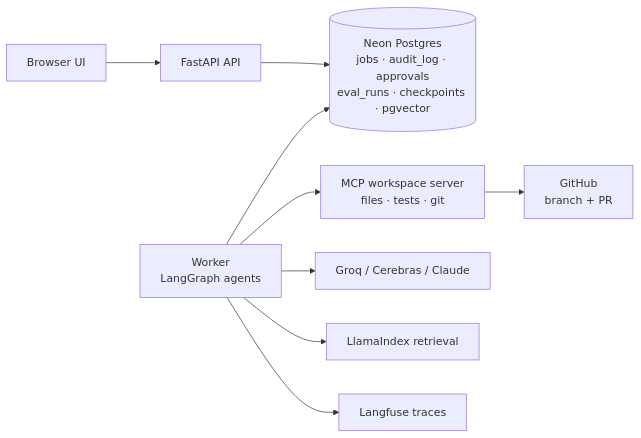
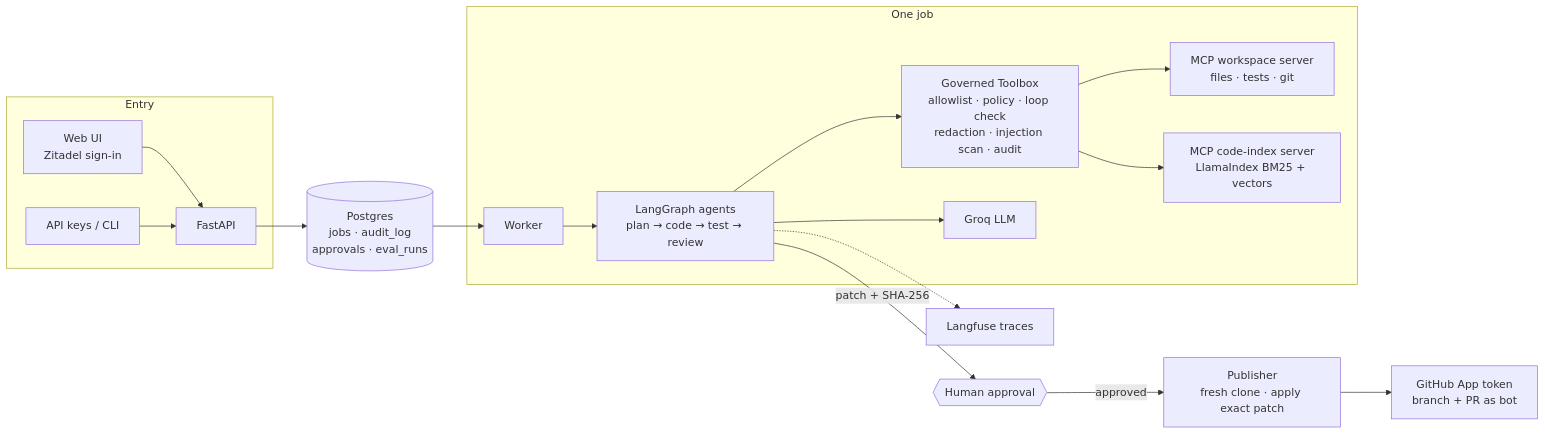
Before and after one commit to bhuwanbkt/governed-coding-agent: the diagram in README.md, drawn with Mermaid. The commit also changed other lines of this file and 13 other files, not shown here.

````diff
--- a/README.md
+++ b/README.md
@@ -17,11 +29,20 @@
 ```mermaid
 flowchart LR
-    UI[Browser UI] --> API[FastAPI API]
-    API --> DB[(Neon Postgres<br/>jobs · audit_log · approvals<br/>eval_runs · checkpoints · pgvector)]
-    W[Worker<br/>LangGraph agents] --> DB
-    W --> MCP[MCP workspace server<br/>files · tests · git]
-    W --> LLM[Groq / Cerebras / Claude]
-    W --> IDX[LlamaIndex retrieval]
-    MCP --> GH[GitHub<br/>branch + PR]
-    W --> LF[Langfuse traces]
+    subgraph Entry
+        UI[Web UI<br/>Zitadel sign-in] --> API[FastAPI]
+        CLI[API keys / CLI] --> API
+    end
+    API --> Q[(Postgres<br/>jobs · audit_log<br/>approvals · eval_runs)]
+    Q --> W[Worker]
+    subgraph Job[One job]
+        W --> G[LangGraph agents<br/>plan → code → test → review]
+        G --> TB[Governed Toolbox<br/>allowlist · policy · loop check<br/>redaction · injection scan · audit]
+        TB --> WS[MCP workspace server<br/>files · tests · git]
+        TB --> CI[MCP code-index server<br/>LlamaIndex BM25 + vectors]
+        G --> LLM[Groq LLM]
+    end
+    G -->|patch + SHA-256| H{{Human approval}}
+    H -->|approved| PUB[Publisher<br/>fresh clone · apply exact patch]
+    PUB --> GH[GitHub App token<br/>branch + PR as bot]
+    G -.-> LF[Langfuse traces]
 ```
````
